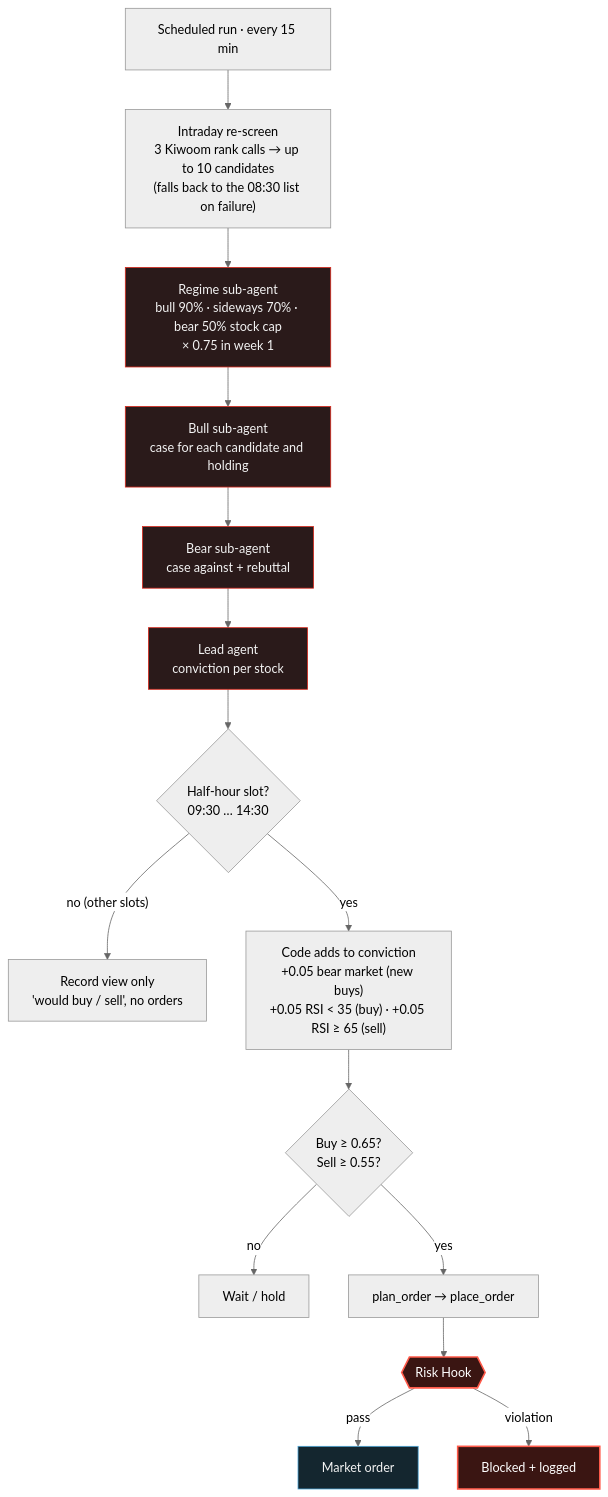
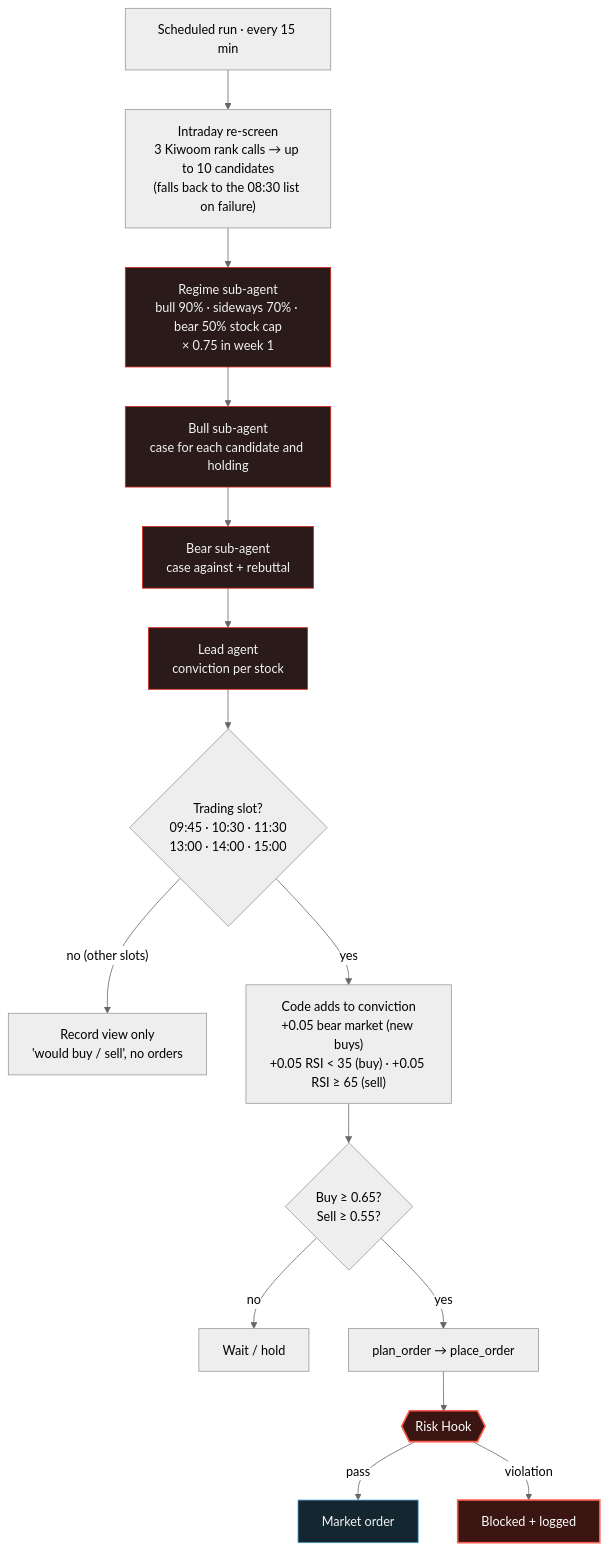
The diagram in assets/diagrams/decision.en.mmd (isopink/hynix-298f), drawn with Mermaid (neutral theme) before and after one commit. The commit also changed 12 other files, not shown here.

```diff
--- a/assets/diagrams/decision.en.mmd
+++ b/assets/diagrams/decision.en.mmd
@@ -1,21 +1,21 @@
 flowchart TB
     S["Scheduled run · every 15 min"] --> P["Intraday re-screen<br/>3 Kiwoom rank calls → up to 10 candidates<br/>(falls back to the 08:30 list on failure)"]
     P --> G["Regime sub-agent<br/>bull 90% · sideways 70% · bear 50% stock cap<br/>× 0.75 in week 1"]
     G --> B["Bull sub-agent<br/>case for each candidate and holding"]
     B --> R["Bear sub-agent<br/>case against + rebuttal"]
     R --> L["Lead agent<br/>conviction per stock"]
-    L --> T{"Half-hour slot?<br/>09:30 … 14:30"}
+    L --> T{"Trading slot?<br/>09:45 · 10:30 · 11:30<br/>13:00 · 14:00 · 15:00"}
     T -- "no (other slots)" --> V["Record view only<br/>'would buy / sell', no orders"]
     T -- yes --> C["Code adds to conviction<br/>+0.05 bear market (new buys)<br/>+0.05 RSI < 35 (buy) · +0.05 RSI ≥ 65 (sell)"]
     C --> Q{"Buy ≥ 0.65?<br/>Sell ≥ 0.55?"}
     Q -- no --> W["Wait / hold"]
     Q -- yes --> Z["plan_order → place_order"]
     Z --> H{{"Risk Hook"}}
     H -- pass --> O["Market order"]
     H -- violation --> X["Blocked + logged"]
     classDef agent fill:#2a1a1a,stroke:#da291c,color:#f3f3f3
     classDef hook fill:#3a1512,stroke:#ff5a4a,stroke-width:2px,color:#ffffff
     classDef ok fill:#14262f,stroke:#4aa3d4,color:#f3f3f3
     class G,B,R,L agent
     class H,X hook
     class O ok
```
